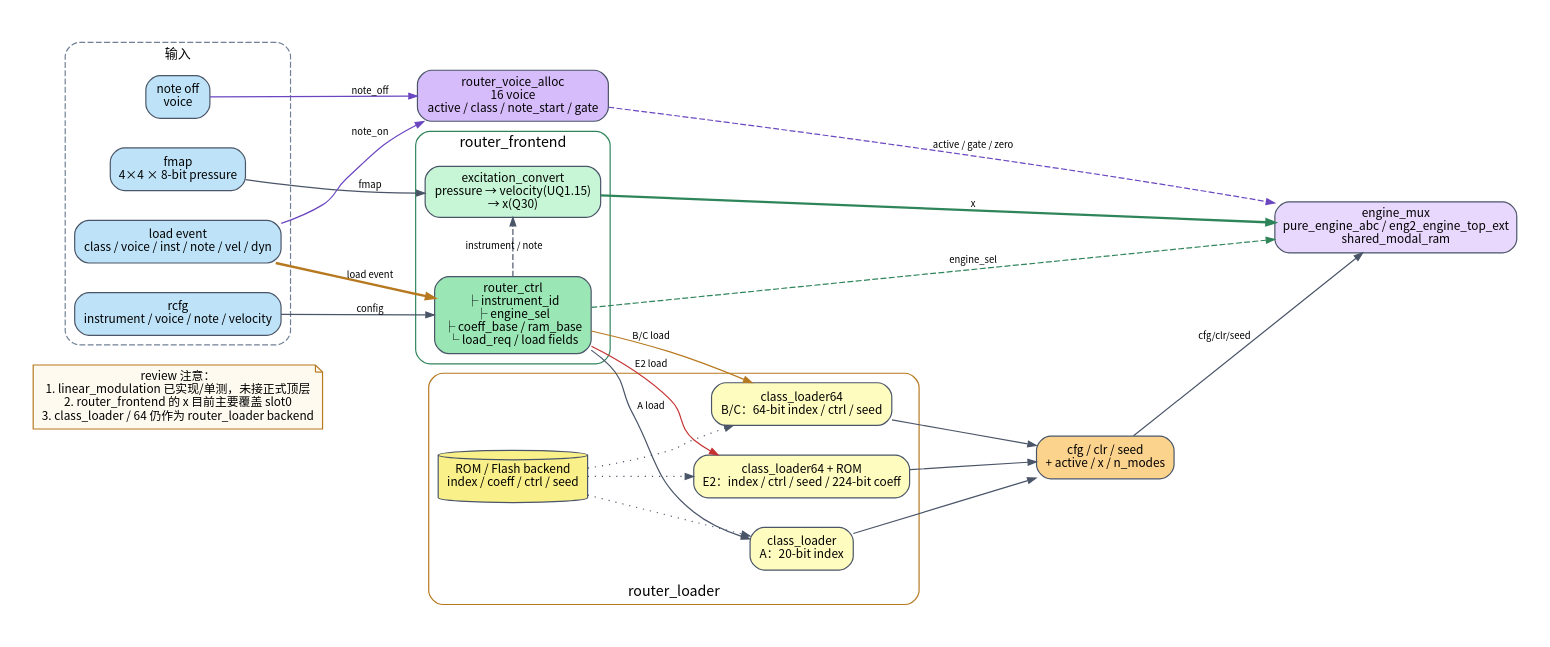
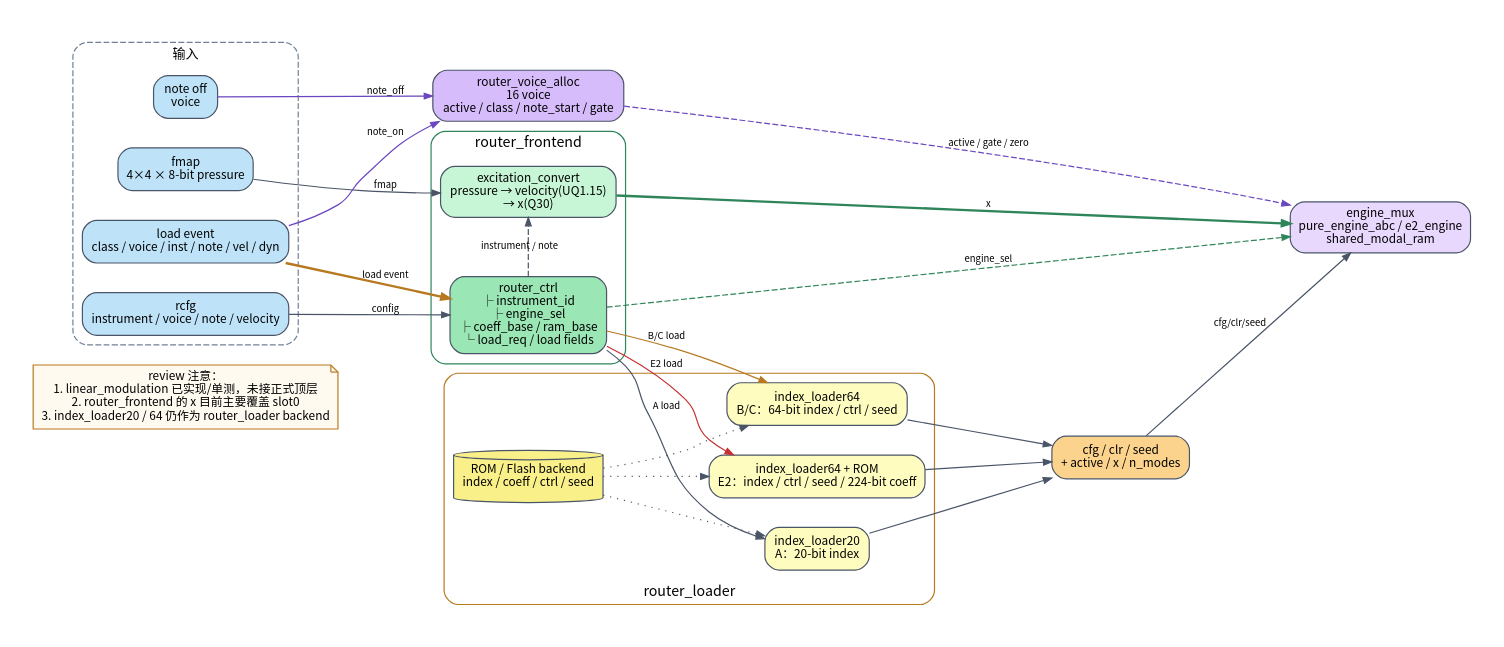
The diagram in docs/diagrams/router_control_flow.dot (rubbishbro/FPGA_IDC_2026), drawn with Graphviz before and after one commit. The commit also changed 45 other files, not shown here.

```diff
--- a/docs/diagrams/router_control_flow.dot
+++ b/docs/diagrams/router_control_flow.dot
@@ -1,75 +1,75 @@
 // -----------------------------------------------------------------------------
 // 文件: router_control_flow.dot
 // 用途: router 控制面 / 装载 / voice 分配数据流
 // 说明: rcfg/fmap -> router_ctrl / excitation -> x；
 //       load -> router_loader -> cfg/clr/seed；note -> voice_alloc。
 // 生成: dot -Tsvg router_control_flow.dot -o router_control_flow.svg
 //       dot -Tpng -Gdpi=180 router_control_flow.dot -o router_control_flow.png
 // -----------------------------------------------------------------------------
 digraph router_control_flow {
     graph [
         fontname="Noto Sans CJK TC", fontsize=18,
         rankdir=LR, compound=true, newrank=true,
         nodesep=0.35, ranksep=0.55, bgcolor="white", pad=0.28
     ];
     node [shape=box, style="rounded,filled", fontname="Noto Sans CJK TC",
           fontsize=10, margin="0.11,0.07", color="#4a5568", fillcolor="#edf2f7"];
     edge [fontname="Noto Sans CJK TC", fontsize=8, color="#4a5568", arrowsize=0.7];
 
     subgraph cluster_in {
         label="输入";
         fontsize=11; color="#718096"; style="rounded,dashed"; fillcolor="#f7fafc";
         cfg [label="rcfg\ninstrument / voice / note / velocity", fillcolor="#bee3f8"];
         fmap [label="fmap\n4×4 × 8-bit pressure", fillcolor="#bee3f8"];
         load [label="load event\nclass / voice / inst / note / vel / dyn", fillcolor="#bee3f8"];
         off [label="note off\nvoice", fillcolor="#bee3f8"];
     }
 
     subgraph cluster_front {
         label="router_frontend";
         fontsize=12; color="#2f855a"; style="rounded"; fillcolor="#f0fff4";
         ctrl [label="router_ctrl\n├ instrument_id\n├ engine_sel\n├ coeff_base / ram_base\n└ load_req / load fields", fillcolor="#9ae6b4"];
         exc [label="excitation_convert\npressure → velocity(UQ1.15)\n→ x(Q30)", fillcolor="#c6f6d5"];
         { rank=same; ctrl; exc; }
     }
 
     subgraph cluster_load {
         label="router_loader";
         labelloc="b";
         fontsize=12; color="#b7791f"; style="rounded"; fillcolor="#fffff0";
-        a [label="class_loader\nA：20-bit index", fillcolor="#fefcbf"];
-        bc [label="class_loader64\nB/C：64-bit index / ctrl / seed", fillcolor="#fefcbf"];
-        e2 [label="class_loader64 + ROM\nE2：index / ctrl / seed / 224-bit coeff", fillcolor="#fefcbf"];
+        a [label="index_loader20\nA：20-bit index", fillcolor="#fefcbf"];
+        bc [label="index_loader64\nB/C：64-bit index / ctrl / seed", fillcolor="#fefcbf"];
+        e2 [label="index_loader64 + ROM\nE2：index / ctrl / seed / 224-bit coeff", fillcolor="#fefcbf"];
         rom [label="ROM / Flash backend\nindex / coeff / ctrl / seed", shape=cylinder, fillcolor="#faf089"];
         rom -> a [style=dotted];
         rom -> bc [style=dotted];
         rom -> e2 [style=dotted];
         { rank=same; a; bc; e2; }
     }
 
     va [label="router_voice_alloc\n16 voice\nactive / class / note_start / gate", fillcolor="#d6bcfa"];
 
-    mux [label="engine_mux\npure_engine_abc / eng2_engine_top_ext\nshared_modal_ram", fillcolor="#e9d8fd"];
+    mux [label="engine_mux\npure_engine_abc / e2_engine\nshared_modal_ram", fillcolor="#e9d8fd"];
 
     out [label="cfg / clr / seed\n+ active / x / n_modes", fillcolor="#fbd38d"];
 
     cfg -> ctrl [label="config"];
     fmap -> exc [label="fmap"];
     load -> ctrl [label="load event", color="#b7791f", style=bold];
     ctrl -> exc [label="instrument / note", style=dashed];
     ctrl -> a [label="A load"];
     ctrl -> bc [label="B/C load", color="#b7791f"];
     ctrl -> e2 [label="E2 load", color="#c53030"];
     exc -> mux [label="x", color="#2f855a", style=bold];
     ctrl -> mux [label="engine_sel", color="#2f855a", style=dashed];
     load -> va [label="note_on", color="#6b46c1"];
     off -> va [label="note_off", color="#6b46c1"];
     va -> mux [label="active / gate / zero", color="#6b46c1", style=dashed];
     a -> out;
     bc -> out;
     e2 -> out;
     out -> mux [label="cfg/clr/seed"];
 
-    caveat [shape=note, label="review 注意：\n1. linear_modulation 已实现/单测，未接正式顶层\n2. router_frontend 的 x 目前主要覆盖 slot0\n3. class_loader / 64 仍作为 router_loader backend", fillcolor="#fffaf0", color="#b7791f"];
+    caveat [shape=note, label="review 注意：\n1. linear_modulation 已实现/单测，未接正式顶层\n2. router_frontend 的 x 目前主要覆盖 slot0\n3. index_loader20 / 64 仍作为 router_loader backend", fillcolor="#fffaf0", color="#b7791f"];
     caveat -> ctrl [style=invis];
 }
```
